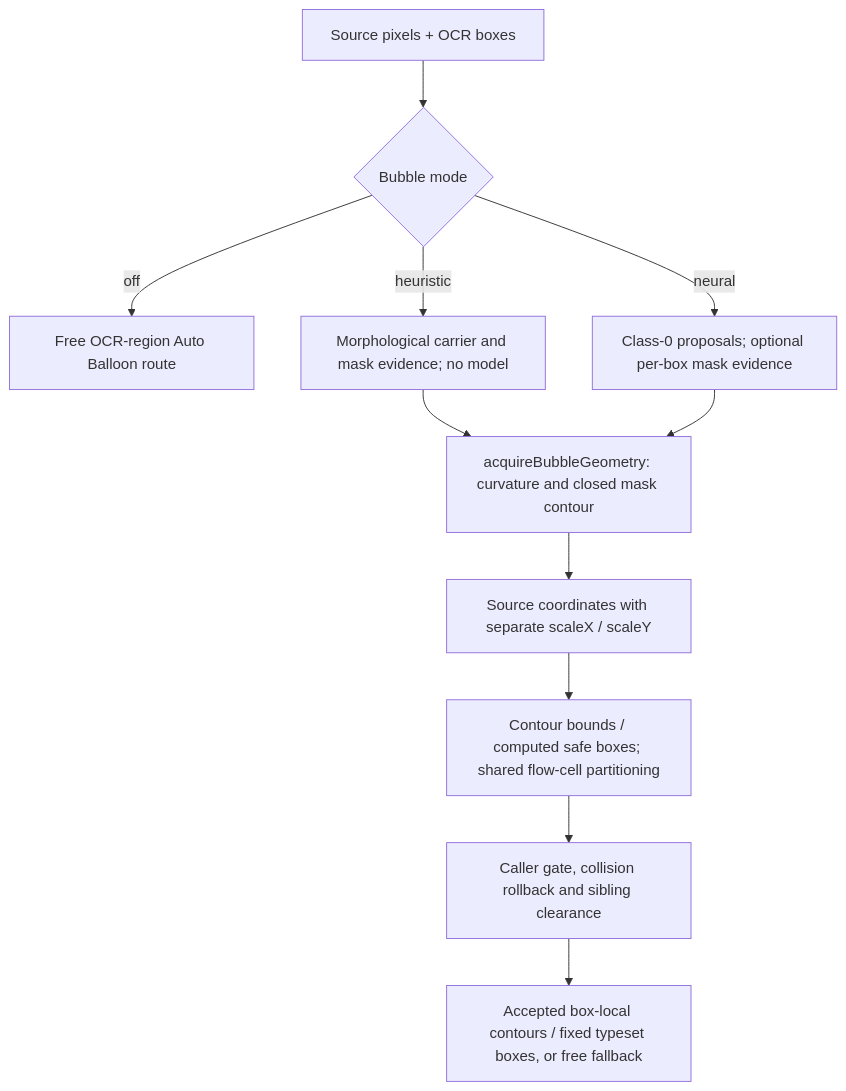
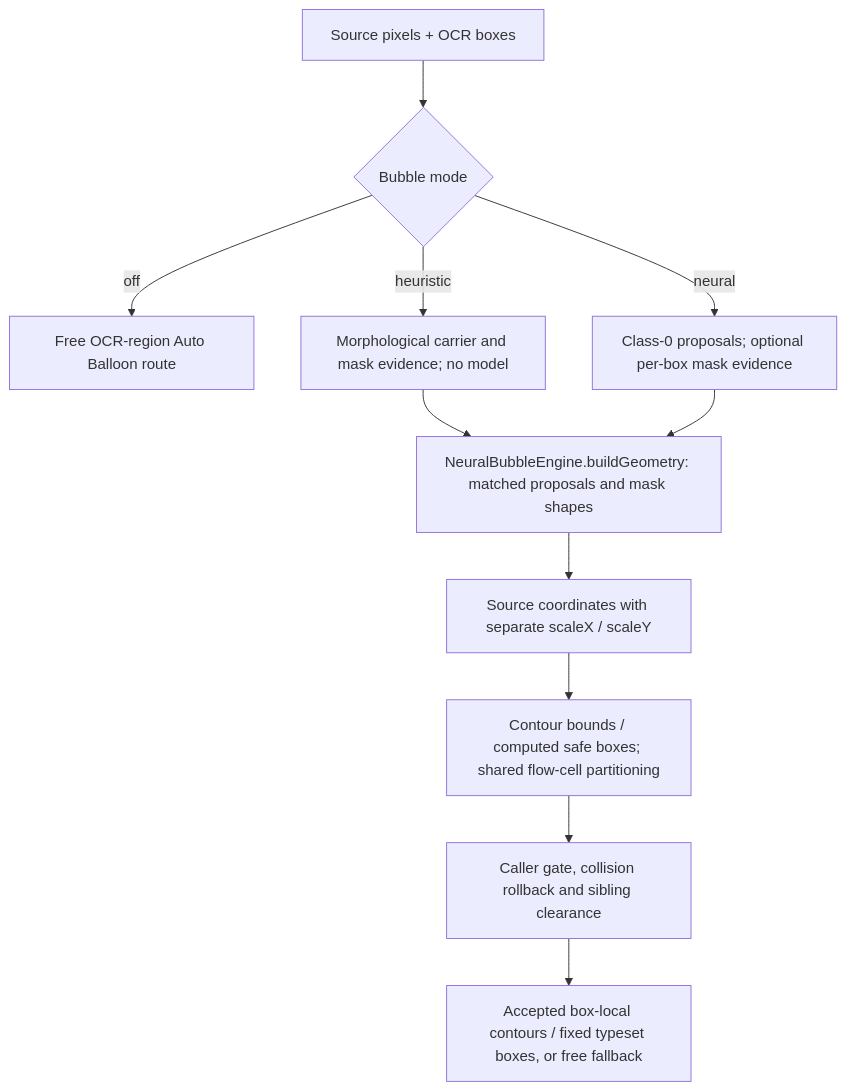
Before and after one commit to Unheat/Kites: the fourth of 4 diagrams in docs/architecture/models-and-runtimes.md, drawn with Mermaid. The commit also changed 15 other files, not shown here.

Commit message:
refactor(bubble): engine-owned tier geometry isolates heuristic from neural YOLO

````diff
--- a/docs/architecture/models-and-runtimes.md
+++ b/docs/architecture/models-and-runtimes.md
@@ -166,13 +166,13 @@
 ```mermaid
 flowchart TD
     Source["Source pixels + OCR boxes"] --> Mode{"Bubble mode"}
     Mode -->|off| Free["Free OCR-region Auto Balloon route"]
     Mode -->|heuristic| Heuristic["Morphological carrier and mask evidence; no model"]
     Mode -->|neural| Neural["Class-0 proposals; optional per-box mask evidence"]
-    Heuristic --> Acquire["acquireBubbleGeometry: curvature and closed mask contour"]
-    Neural --> Acquire
+    Heuristic --> Acquire["HeuristicBubbleEngine.buildGeometry: curvature and closed mask contour"]
+    Neural --> Acquire["NeuralBubbleEngine.buildGeometry: matched proposals and mask shapes"]
     Acquire --> Coordinates["Source coordinates with separate scaleX / scaleY"]
     Coordinates --> Resolve["Contour bounds / computed safe boxes; shared flow-cell partitioning"]
     Resolve --> Validate["Caller gate, collision rollback and sibling clearance"]
     Validate --> Layout["Accepted box-local contours / fixed typeset boxes, or free fallback"]
 ```
````
